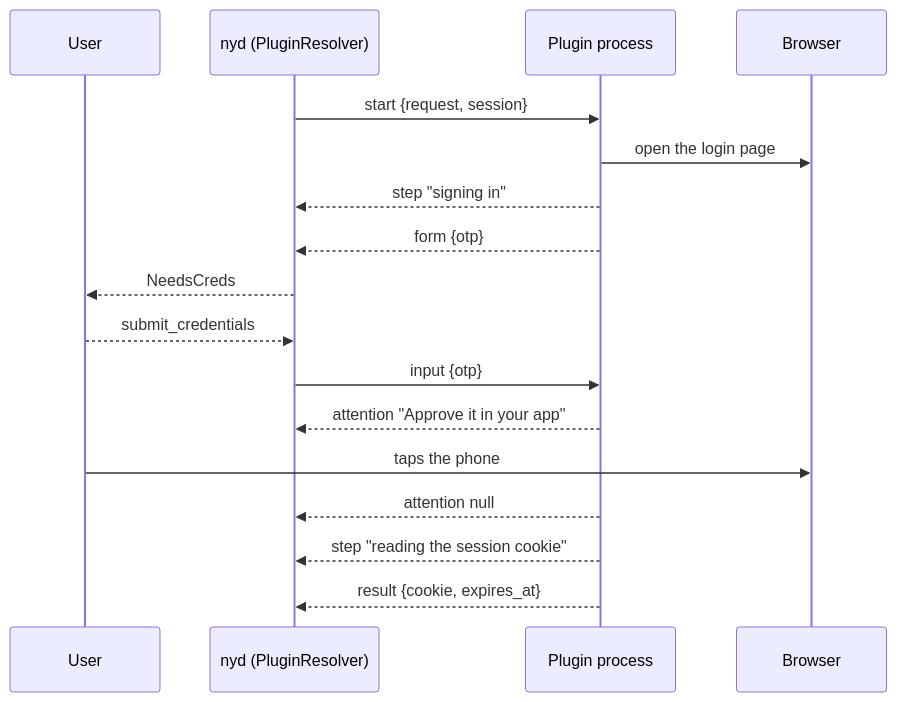
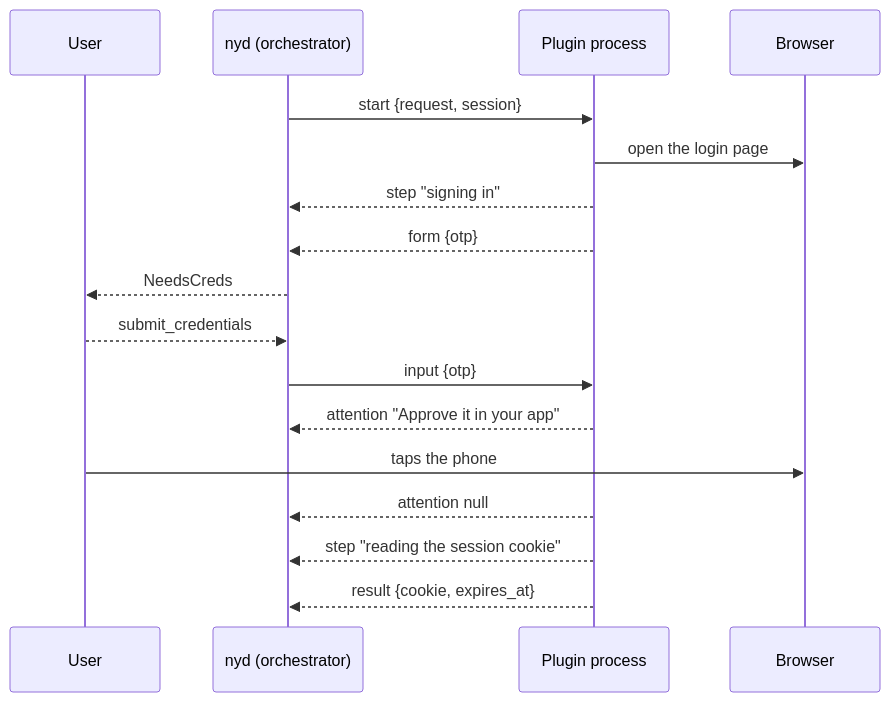
Before and after one commit to bschnitz/not-yet-done: the diagram in docs/decisions/0010-out-of-process-auth-plugins.md, drawn with Mermaid. The commit also changed other lines of this file and 13 other files, not shown here.

````diff
--- a/docs/decisions/0010-out-of-process-auth-plugins.md
+++ b/docs/decisions/0010-out-of-process-auth-plugins.md
@@ -179,19 +180,19 @@
 ```mermaid
 sequenceDiagram
     participant U as User
-    participant N as nyd (PluginResolver)
+    participant N as nyd (orchestrator)
     participant P as Plugin process
     participant B as Browser
     N->>P: start {request, session}
     P->>B: open the login page
     P-->>N: step "signing in"
     P-->>N: form {otp}
     N-->>U: NeedsCreds
     U-->>N: submit_credentials
     N->>P: input {otp}
     P-->>N: attention "Approve it in your app"
     U->>B: taps the phone
     P-->>N: attention null
     P-->>N: step "reading the session cookie"
     P-->>N: result {cookie, expires_at}
 ```
````
